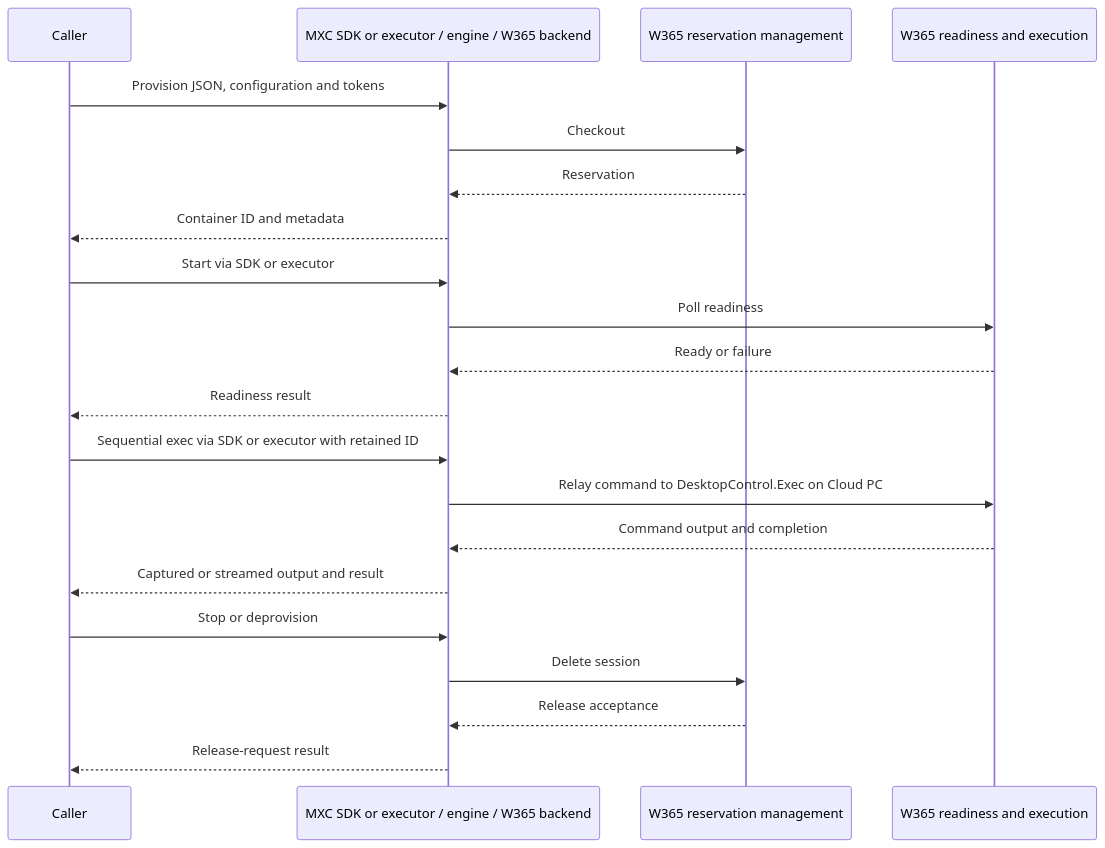
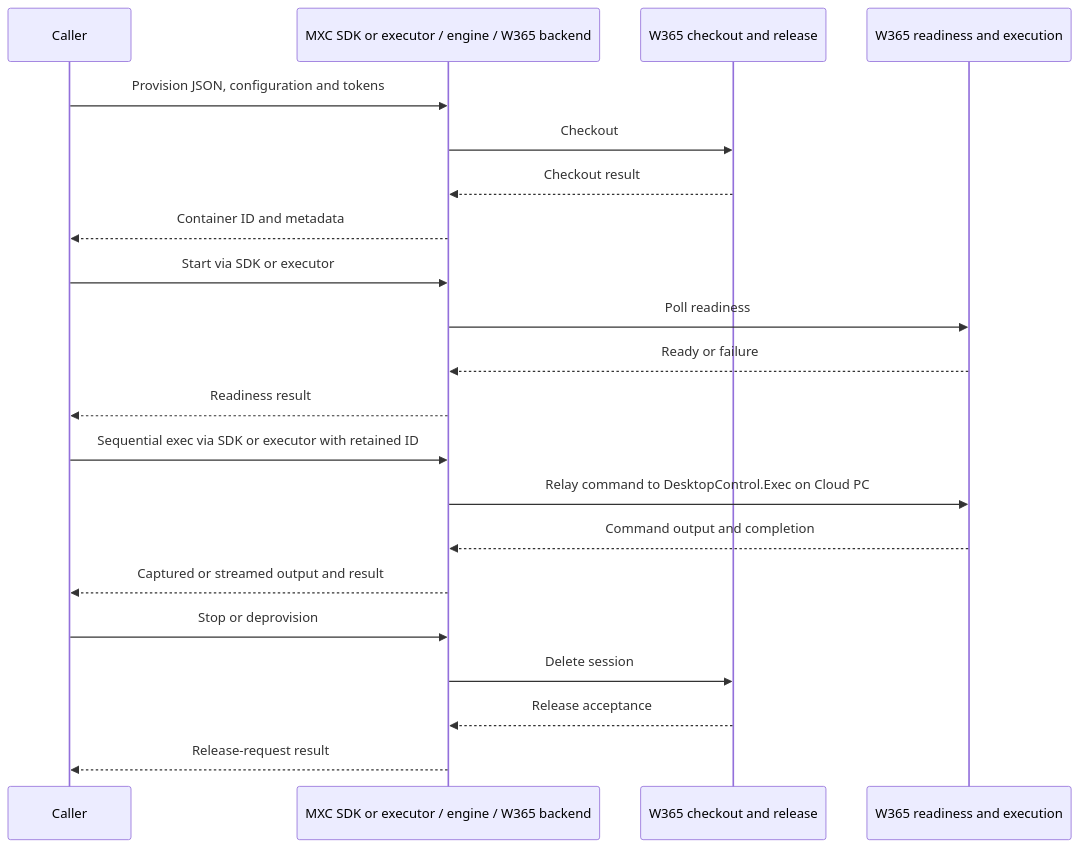
One commit to microsoft/mxc changed the diagram in docs/development/architecture/designs/1615-w365a-backend/README.md. Above: the diagram before and after it, drawn with Mermaid. The commit also changed other lines of this file and 1 other file, not shown here.

Commit message:
Align W365 checkout and release terminology

````diff
--- a/docs/development/architecture/designs/1615-w365a-backend/README.md
+++ b/docs/development/architecture/designs/1615-w365a-backend/README.md
@@ -377,23 +379,23 @@
 ```mermaid
 sequenceDiagram
     participant C as Caller
     participant M as MXC SDK or executor / engine / W365 backend
-    participant S as W365 reservation management
+    participant S as W365 checkout and release
     participant D as W365 readiness and execution
     C->>M: Provision JSON, configuration and tokens
     M->>S: Checkout
-    S-->>M: Reservation
+    S-->>M: Checkout result
     M-->>C: Container ID and metadata
     C->>M: Start via SDK or executor
     M->>D: Poll readiness
     D-->>M: Ready or failure
     M-->>C: Readiness result
     C->>M: Sequential exec via SDK or executor with retained ID
     M->>D: Relay command to DesktopControl.Exec on Cloud PC
     D-->>M: Command output and completion
     M-->>C: Captured or streamed output and result
     C->>M: Stop or deprovision
     M->>S: Delete session
     S-->>M: Release acceptance
     M-->>C: Release-request result
 ```
````
